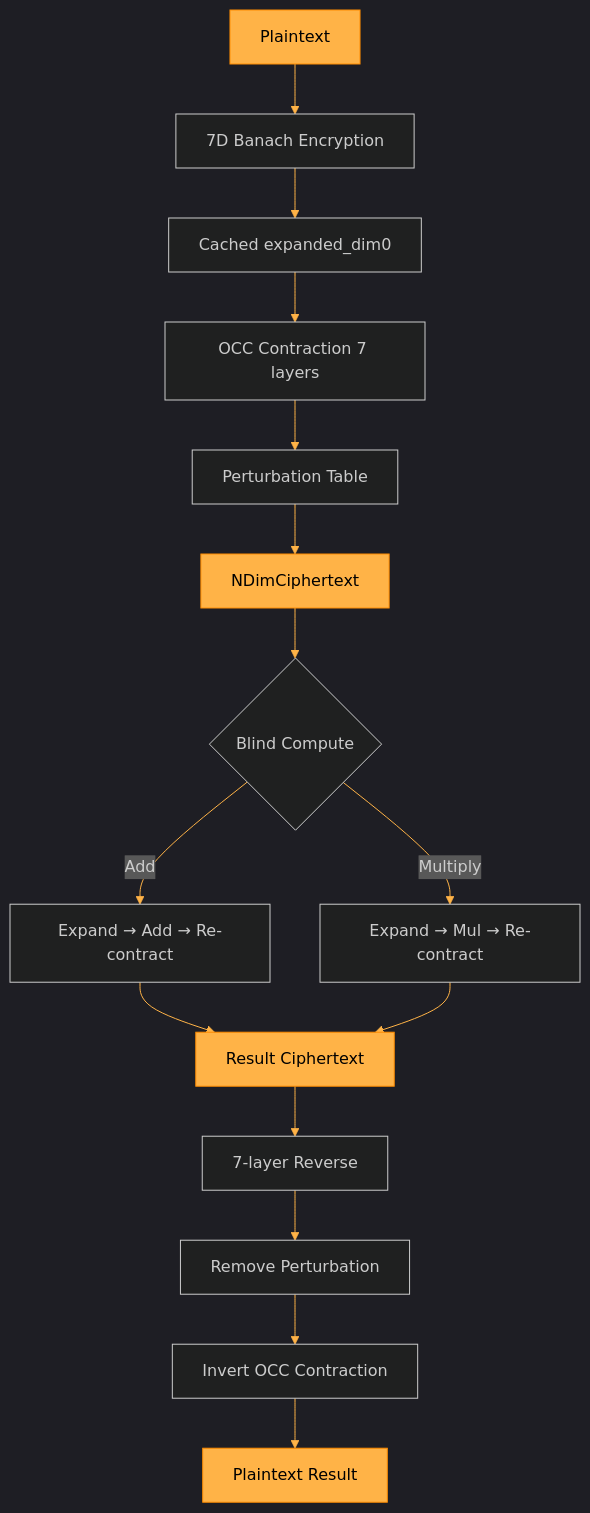
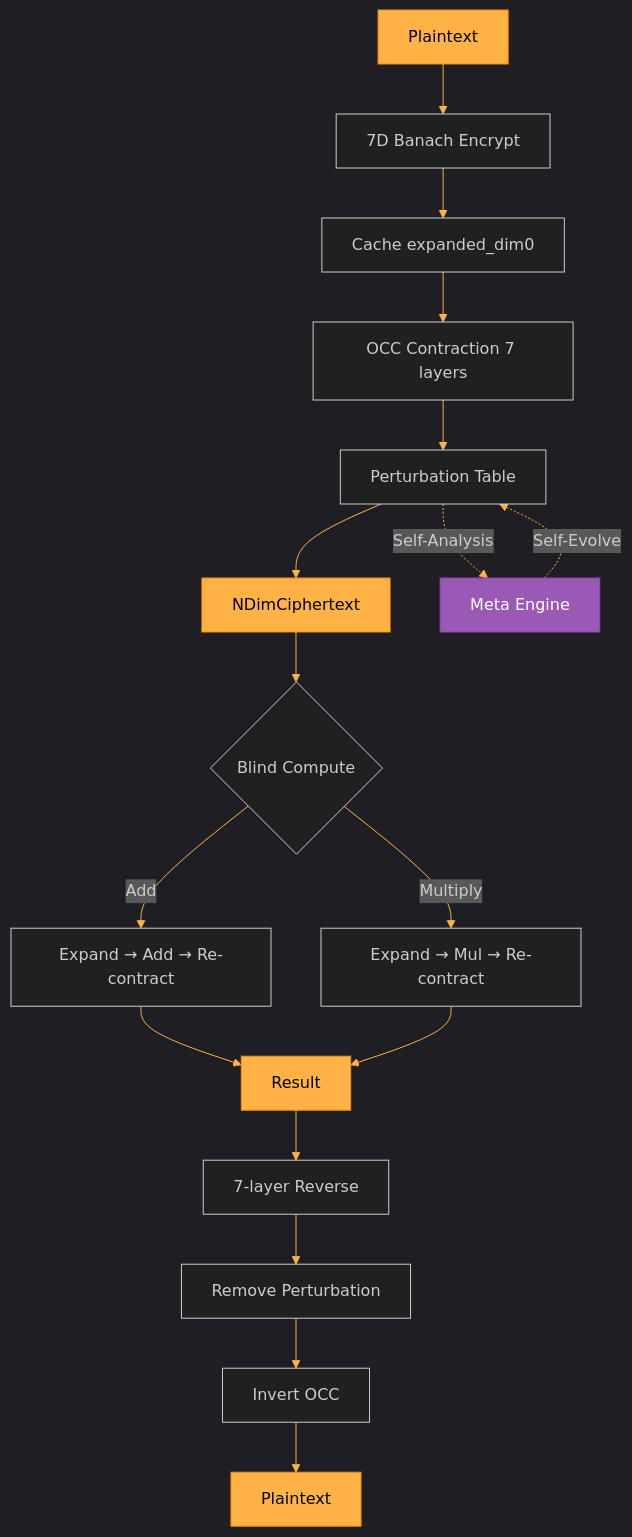
Before and after one commit to primordialomegazero/femmgFHE: the diagram in README.md, drawn with Mermaid. The commit also changed other lines of this file and 1 other file, not shown here.

````diff
--- a/README.md
+++ b/README.md
@@ -55,25 +61,29 @@
 ```mermaid
 %%{init: {'theme':'dark','themeVariables': {'primaryColor':'#ffb347','primaryTextColor':'#000','primaryBorderColor':'#ff8c00','lineColor':'#ffb347','secondaryColor':'#1a1a2e','tertiaryColor':'#16213e'}}}%%
 graph TB
-    A["Plaintext"] --> B["7D Banach Encryption"]
-    B --> C["Cached expanded_dim0"]
+    A["Plaintext"] --> B["7D Banach Encrypt"]
+    B --> C["Cache expanded_dim0"]
     C --> D["OCC Contraction 7 layers"]
     D --> E["Perturbation Table"]
     E --> F["NDimCiphertext"]
 
     F --> G{"Blind Compute"}
     G -->|Add| H["Expand → Add → Re-contract"]
     G -->|Multiply| I["Expand → Mul → Re-contract"]
-    H --> J["Result Ciphertext"]
+    H --> J["Result"]
     I --> J
 
     J --> K["7-layer Reverse"]
     K --> L["Remove Perturbation"]
-    L --> M["Invert OCC Contraction"]
-    M --> N["Plaintext Result"]
+    L --> M["Invert OCC"]
+    M --> N["Plaintext"]
+
+    E -.->|Self-Analysis| O["Meta Engine"]
+    O -.->|Self-Evolve| E
 
     style A fill:#ffb347,stroke:#ff8c00,color:#000
     style F fill:#ffb347,stroke:#ff8c00,color:#000
     style J fill:#ffb347,stroke:#ff8c00,color:#000
     style N fill:#ffb347,stroke:#ff8c00,color:#000
+    style O fill:#9b59b6,stroke:#8e44ad,color:#fff
 ```
````
